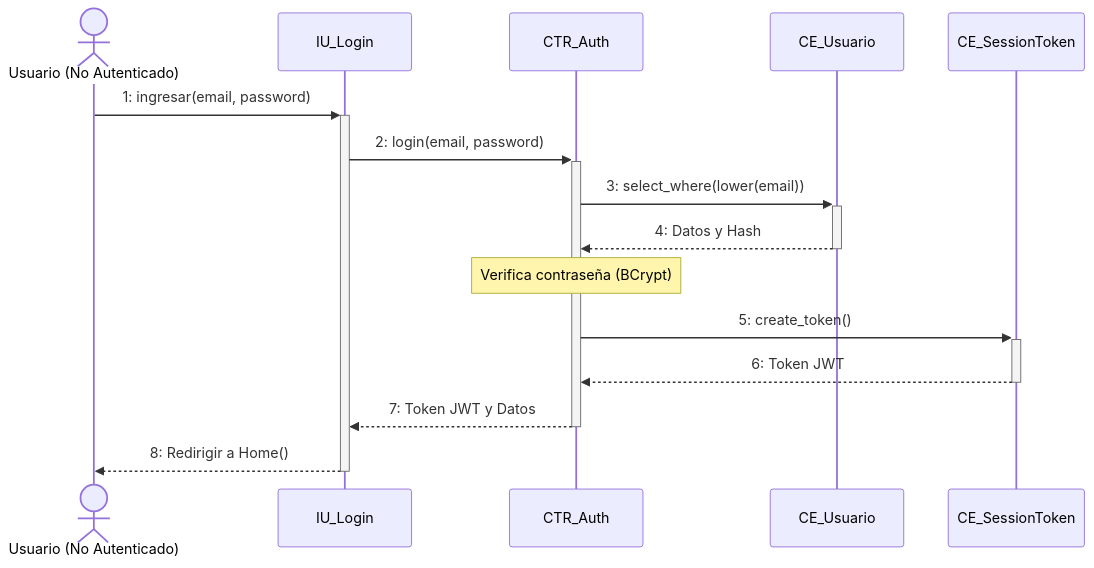
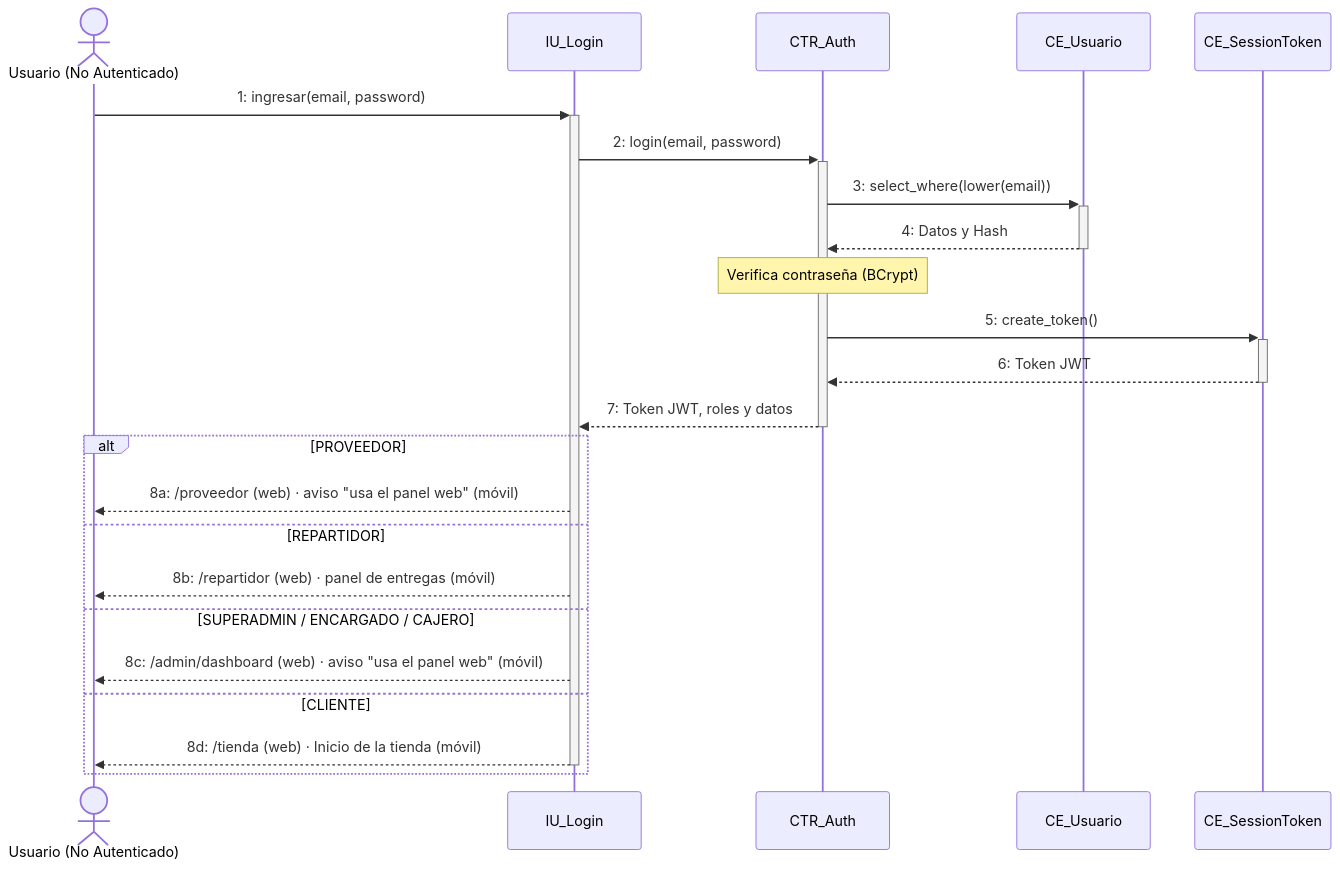
Diagram 29 of 53 in Ciclo1.md (jc-larry/ecommerce-fashionstore), drawn with Mermaid before and after one commit. The commit also changed other lines of this file and 267 other files, not shown here.

````diff
--- a/Ciclo1.md
+++ b/Ciclo1.md
@@ -1663,18 +1770,26 @@
 ```mermaid
 sequenceDiagram
     actor U as Usuario (No Autenticado)
     participant IU as IU_Login
     participant CTR as CTR_Auth
     participant CE_U as CE_Usuario
     participant CE_S as CE_SessionToken
 
     U->>+IU: 1: ingresar(email, password)
     IU->>+CTR: 2: login(email, password)
     CTR->>+CE_U: 3: select_where(lower(email))
     CE_U-->>-CTR: 4: Datos y Hash
     Note over CTR: Verifica contraseña (BCrypt)
     CTR->>+CE_S: 5: create_token()
     CE_S-->>-CTR: 6: Token JWT
-    CTR-->>-IU: 7: Token JWT y Datos
-    IU-->>-U: 8: Redirigir a Home()
+    CTR-->>-IU: 7: Token JWT, roles y datos
+    alt PROVEEDOR
+        IU-->>U: 8a: /proveedor (web) · aviso "usa el panel web" (móvil)
+    else REPARTIDOR
+        IU-->>U: 8b: /repartidor (web) · panel de entregas (móvil)
+    else SUPERADMIN / ENCARGADO / CAJERO
+        IU-->>U: 8c: /admin/dashboard (web) · aviso "usa el panel web" (móvil)
+    else CLIENTE
+        IU-->>-U: 8d: /tienda (web) · Inicio de la tienda (móvil)
+    end
 ```
````
